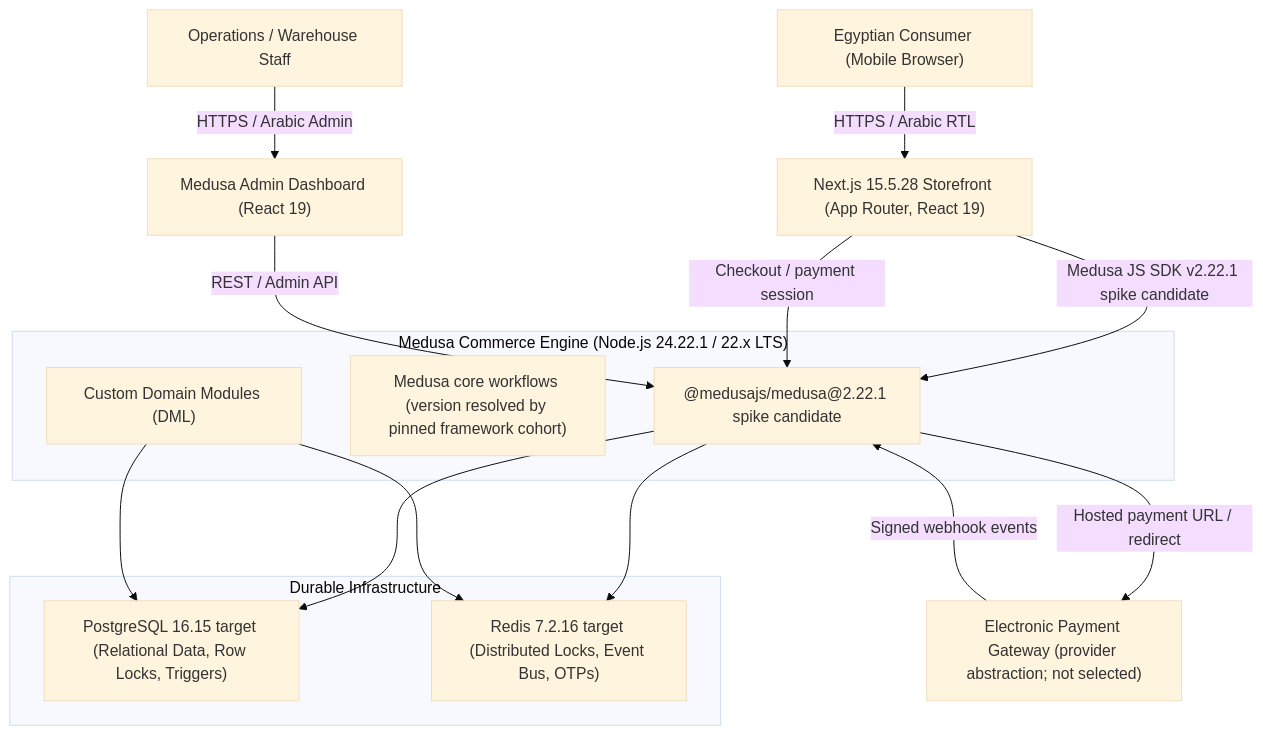
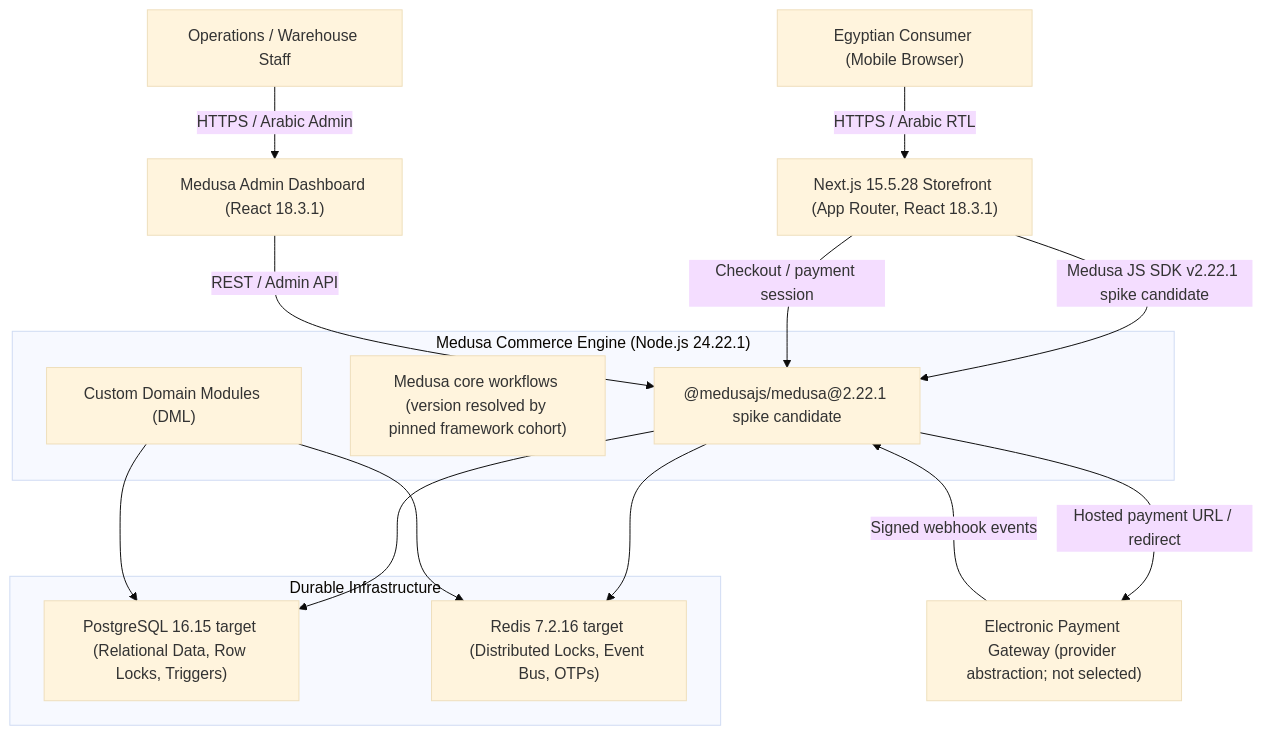
One commit to mo3az-git/zamzam-store changed the diagram in docs/architecture.md. Above: the diagram before and after it, drawn with Mermaid (base theme). The commit also changed other lines of this file and 3 other files, not shown here.

````diff
--- a/docs/architecture.md
+++ b/docs/architecture.md
@@ -14,27 +14,27 @@
 ```mermaid
 graph TD
-    User["Egyptian Consumer (Mobile Browser)"] -->|HTTPS / Arabic RTL| NextStorefront["Next.js 15.5.28 Storefront (App Router, React 19)"]
-    Admin["Operations / Warehouse Staff"] -->|HTTPS / Arabic Admin| NextAdmin["Medusa Admin Dashboard (React 19)"]
+    User["Egyptian Consumer (Mobile Browser)"] -->|HTTPS / Arabic RTL| NextStorefront["Next.js 15.5.28 Storefront (App Router, React 18.3.1)"]
+    Admin["Operations / Warehouse Staff"] -->|HTTPS / Arabic Admin| NextAdmin["Medusa Admin Dashboard (React 18.3.1)"]
     
-    subgraph CoreBackend ["Medusa Commerce Engine (Node.js 24.22.1 / 22.x LTS)"]
+    subgraph CoreBackend ["Medusa Commerce Engine (Node.js 24.22.1)"]
         MedusaServer["@medusajs/medusa@2.22.1 spike candidate"]
         CoreFlows["Medusa core workflows (version resolved by pinned framework cohort)"]
         CustomModules["Custom Domain Modules (DML)"]
     end
     
     NextStorefront -->|Medusa JS SDK v2.22.1 spike candidate| MedusaServer
     NextStorefront -->|Checkout / payment session| MedusaServer
     NextAdmin -->|REST / Admin API| MedusaServer
     MedusaServer -->|Hosted payment URL / redirect| PaymentGateway["Electronic Payment Gateway (provider abstraction; not selected)"]
     PaymentGateway -->|Signed webhook events| MedusaServer
     
     subgraph DataPersistence ["Durable Infrastructure"]
         Postgres["PostgreSQL 16.15 target (Relational Data, Row Locks, Triggers)"]
         RedisCluster["Redis 7.2.16 target (Distributed Locks, Event Bus, OTPs)"]
     end
     
     MedusaServer --> Postgres
     MedusaServer --> RedisCluster
     CustomModules --> Postgres
     CustomModules --> RedisCluster
 ```
````
